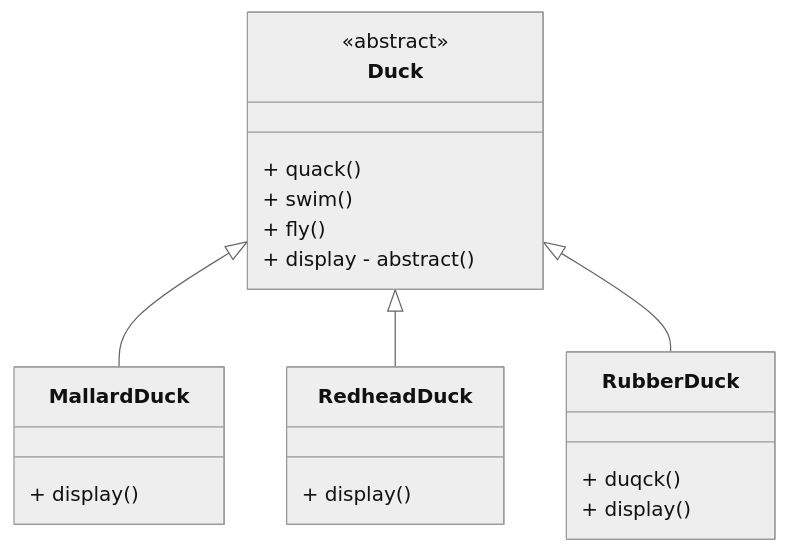
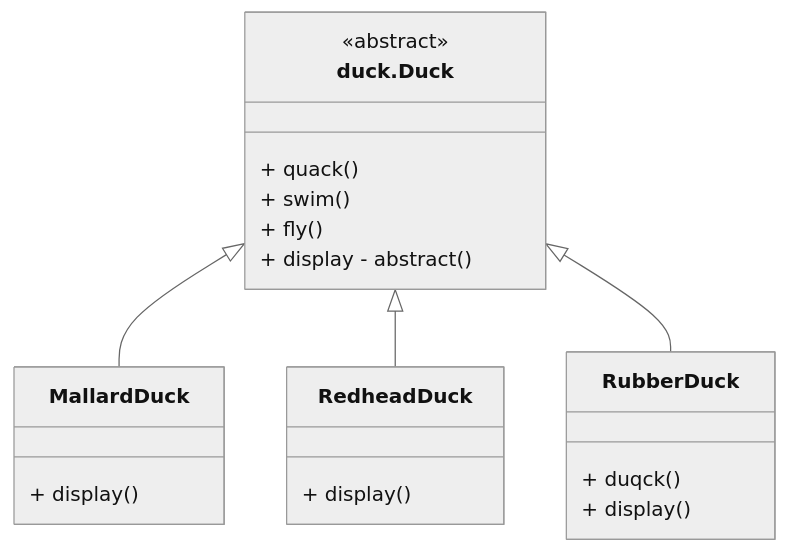
One commit to Dltmd202/Java-Spring-Study changed the third of 8 diagrams in oop/strategyPattern/README.md. Above: the diagram before and after it, drawn with Mermaid (neutral theme). The commit also changed other lines of this file and 37 other files, not shown here.

````diff
--- a/oop/strategyPattern/README.md
+++ b/oop/strategyPattern/README.md
@@ -52,26 +52,26 @@
 ```mermaid
 classDiagram
-Duck <|-- MallardDuck
-Duck <|-- RedheadDuck
-Duck <|-- RubberDuck
-class Duck{
+duck.Duck <|-- MallardDuck
+duck.Duck <|-- RedheadDuck
+duck.Duck <|-- RubberDuck
+class duck.Duck{
     <<abstract>>
     + quack()
     + swim()
     + fly()
     + display - abstract()
 }
 
 class MallardDuck{
     + display()
 }
 
 class RedheadDuck{
     + display()
 }
 
 class RubberDuck{
     + duqck()
     + display()
 }
 ```
````
